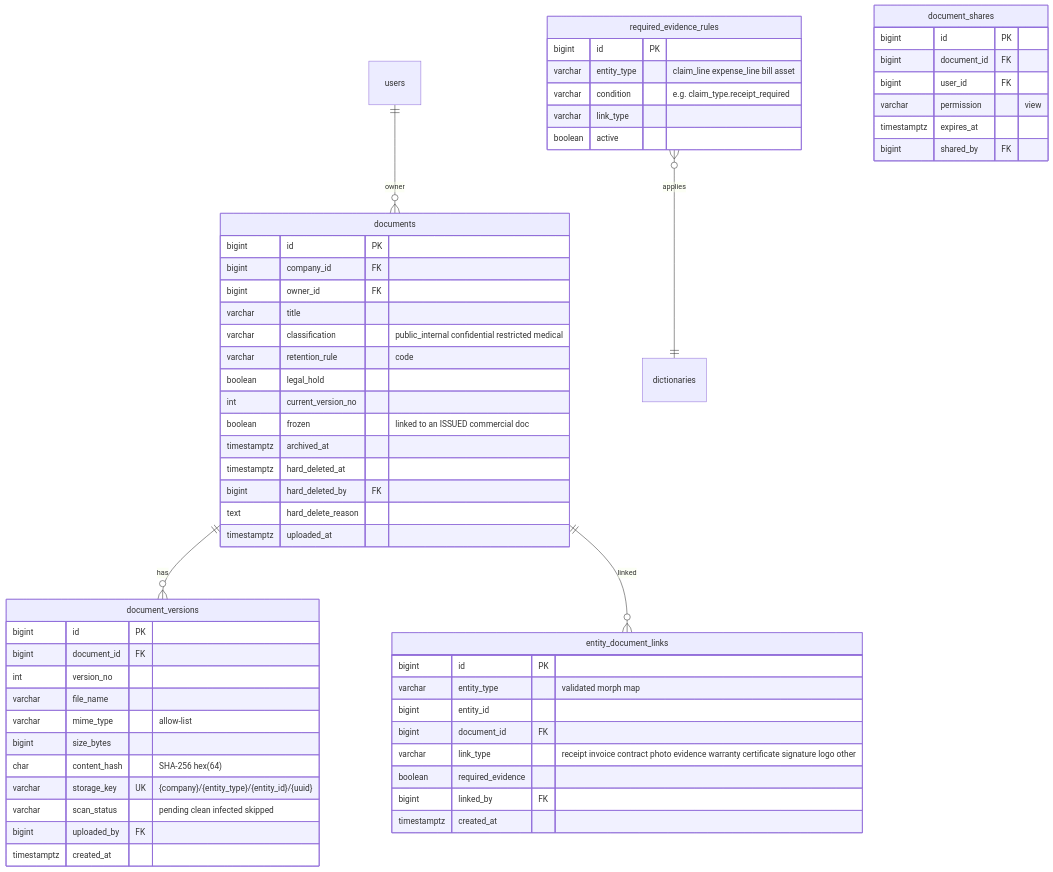
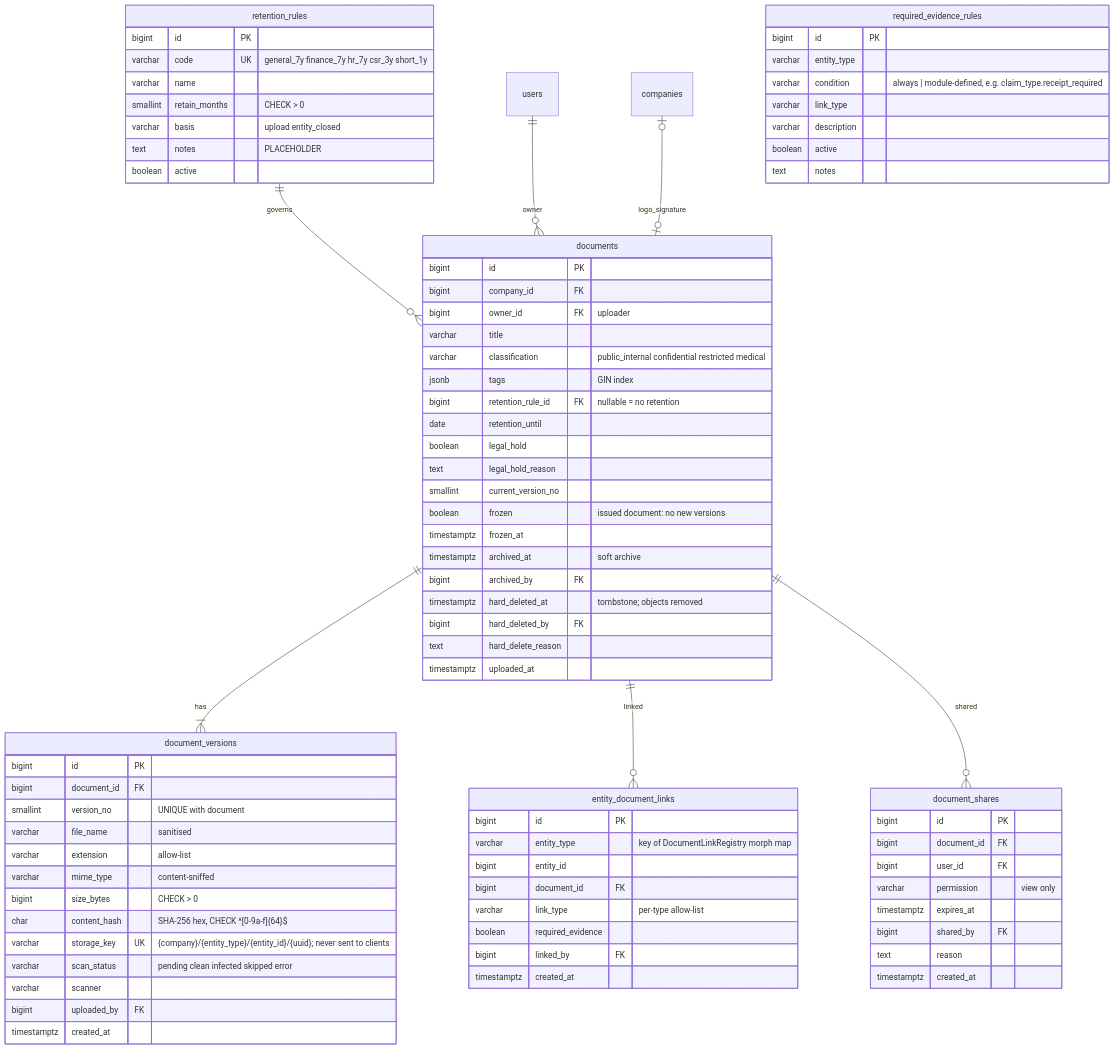
One commit to rejabismail113/infernix changed the third of 10 diagrams in docs/DATA_MODEL.md. Above: the diagram before and after it, drawn with Mermaid. The commit also changed other lines of this file and 71 other files, not shown here.

````diff
--- a/docs/DATA_MODEL.md
+++ b/docs/DATA_MODEL.md
@@ -275,22 +275,38 @@
 ```mermaid
 erDiagram
-    documents ||--o{ document_versions : has
+    retention_rules ||--o{ documents : governs
+    documents ||--|{ document_versions : has
     documents ||--o{ entity_document_links : linked
+    documents ||--o{ document_shares : shared
     users ||--o{ documents : owner
-    required_evidence_rules }o--|| dictionaries : applies
+    companies o|--o| documents : logo_signature
 
+    retention_rules {
+        bigint id PK
+        varchar code UK "general_7y finance_7y hr_7y csr_3y short_1y"
+        varchar name
+        smallint retain_months "CHECK > 0"
+        varchar basis "upload entity_closed"
+        text notes "PLACEHOLDER"
+        boolean active
+    }
     documents {
         bigint id PK
         bigint company_id FK
-        bigint owner_id FK
+        bigint owner_id FK "uploader"
         varchar title
         varchar classification "public_internal confidential restricted medical"
-        varchar retention_rule "code"
+        jsonb tags "GIN index"
+        bigint retention_rule_id FK "nullable = no retention"
+        date retention_until
         boolean legal_hold
-        int current_version_no
-        boolean frozen "linked to an ISSUED commercial doc"
-        timestamptz archived_at
-        timestamptz hard_deleted_at
+        text legal_hold_reason
+        smallint current_version_no
+        boolean frozen "issued document: no new versions"
+        timestamptz frozen_at
+        timestamptz archived_at "soft archive"
+        bigint archived_by FK
+        timestamptz hard_deleted_at "tombstone; objects removed"
         bigint hard_deleted_by FK
         text hard_delete_reason
         timestamptz uploaded_at
@@ -298,22 +314,24 @@
     document_versions {
         bigint id PK
         bigint document_id FK
-        int version_no
-        varchar file_name
-        varchar mime_type "allow-list"
-        bigint size_bytes
-        char content_hash "SHA-256 hex(64)"
-        varchar storage_key UK "{company}/{entity_type}/{entity_id}/{uuid}"
-        varchar scan_status "pending clean infected skipped"
+        smallint version_no "UNIQUE with document"
+        varchar file_name "sanitised"
+        varchar extension "allow-list"
+        varchar mime_type "content-sniffed"
+        bigint size_bytes "CHECK > 0"
+        char content_hash "SHA-256 hex, CHECK ^[0-9a-f]{64}$"
+        varchar storage_key UK "{company}/{entity_type}/{entity_id}/{uuid}; never sent to clients"
+        varchar scan_status "pending clean infected skipped error"
+        varchar scanner
         bigint uploaded_by FK
         timestamptz created_at
     }
     entity_document_links {
         bigint id PK
-        varchar entity_type "validated morph map"
+        varchar entity_type "key of DocumentLinkRegistry morph map"
         bigint entity_id
         bigint document_id FK
-        varchar link_type "receipt invoice contract photo evidence warranty certificate signature logo other"
+        varchar link_type "per-type allow-list"
         boolean required_evidence
         bigint linked_by FK
         timestamptz created_at
@@ -322,15 +340,19 @@
         bigint id PK
         bigint document_id FK
         bigint user_id FK
-        varchar permission "view"
+        varchar permission "view only"
         timestamptz expires_at
         bigint shared_by FK
+        text reason
+        timestamptz created_at
     }
     required_evidence_rules {
         bigint id PK
-        varchar entity_type "claim_line expense_line bill asset"
-        varchar condition "e.g. claim_type.receipt_required"
+        varchar entity_type
+        varchar condition "always | module-defined, e.g. claim_type.receipt_required"
         varchar link_type
+        varchar description
         boolean active
+        text notes
     }
 ```
````
